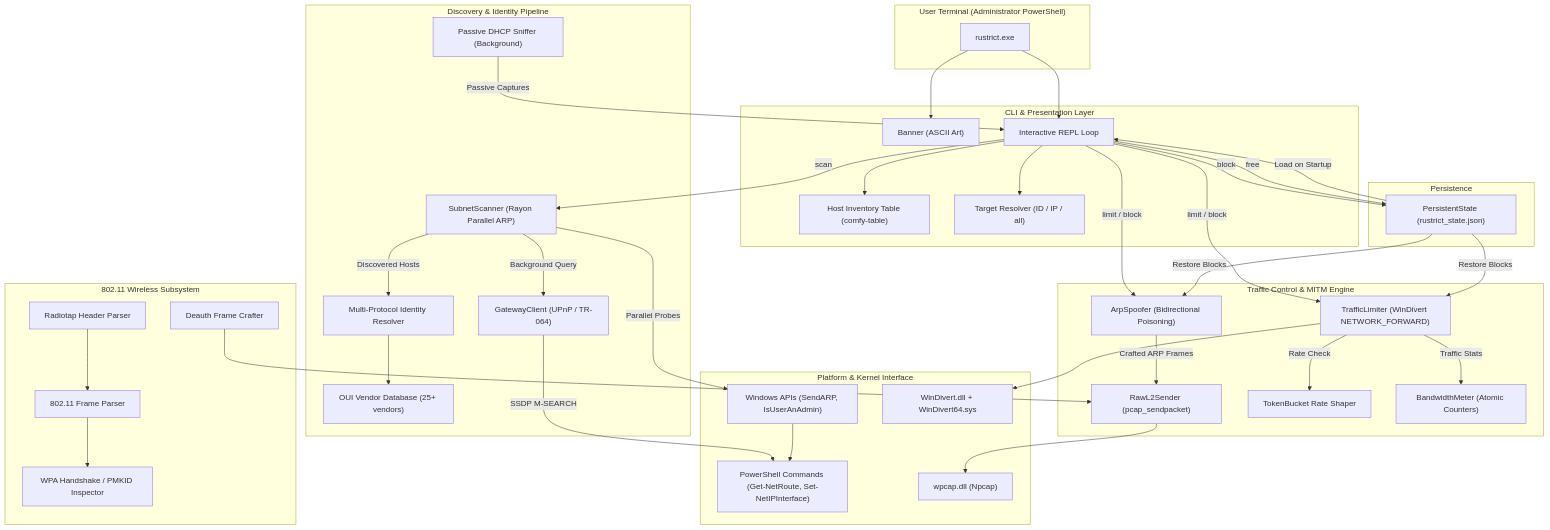
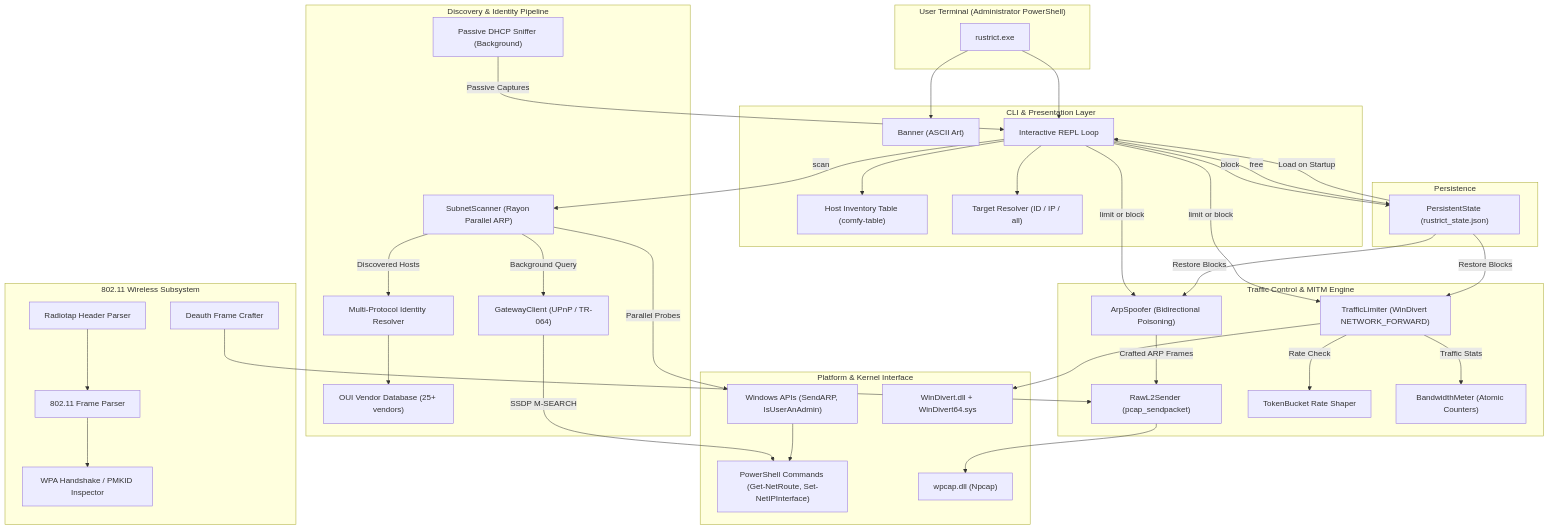
Before and after one commit to Neutron-0/Rustrict: the first of 14 diagrams in README.md, drawn with Mermaid. The commit also changed other lines of this file and 1 other file, not shown here.

First line of the commit message:
docs(readme,changelog): fix Mermaid diagram syntax and document L2 blackholing

````diff
--- a/README.md
+++ b/README.md
@@ -72,80 +72,80 @@
 ```mermaid
-graph TB
+flowchart TD
     subgraph USER["User Terminal (Administrator PowerShell)"]
         CLI["rustrict.exe"]
     end
 
     subgraph PRESENTATION["CLI & Presentation Layer"]
         Banner["Banner (ASCII Art)"]
         REPL["Interactive REPL Loop"]
         Table["Host Inventory Table (comfy-table)"]
         TargetRes["Target Resolver (ID / IP / all)"]
     end
 
     subgraph PLATFORM["Platform & Kernel Interface"]
         WinAPI["Windows APIs (SendARP, IsUserAnAdmin)"]
         PSCmd["PowerShell Commands (Get-NetRoute, Set-NetIPInterface)"]
         NpcapDLL["wpcap.dll (Npcap)"]
         WinDivertDLL["WinDivert.dll + WinDivert64.sys"]
     end
 
     subgraph DISCOVERY["Discovery & Identity Pipeline"]
         Scanner["SubnetScanner (Rayon Parallel ARP)"]
         Resolver["Multi-Protocol Identity Resolver"]
         Sniffer["Passive DHCP Sniffer (Background)"]
         Gateway["GatewayClient (UPnP / TR-064)"]
         OUI["OUI Vendor Database (25+ vendors)"]
     end
 
     subgraph MITM["Traffic Control & MITM Engine"]
         Spoofer["ArpSpoofer (Bidirectional Poisoning)"]
         L2Sender["RawL2Sender (pcap_sendpacket)"]
         Limiter["TrafficLimiter (WinDivert NETWORK_FORWARD)"]
         TokenBucket["TokenBucket Rate Shaper"]
         Meter["BandwidthMeter (Atomic Counters)"]
     end
 
     subgraph PERSIST["Persistence"]
         State["PersistentState (rustrict_state.json)"]
     end
 
     subgraph WIRELESS["802.11 Wireless Subsystem"]
         Deauth["Deauth Frame Crafter"]
         FrameParser["802.11 Frame Parser"]
         Handshake["WPA Handshake / PMKID Inspector"]
         Radiotap["Radiotap Header Parser"]
     end
 
     CLI --> Banner
     CLI --> REPL
     REPL --> Table
     REPL --> TargetRes
     REPL -->|scan| Scanner
-    REPL -->|limit / block| Spoofer
-    REPL -->|limit / block| Limiter
+    REPL -->|limit or block| Spoofer
+    REPL -->|limit or block| Limiter
     REPL -->|block| State
     REPL -->|free| State
 
     Scanner -->|Parallel Probes| WinAPI
     Scanner -->|Background Query| Gateway
     Scanner -->|Discovered Hosts| Resolver
     Resolver --> OUI
     Sniffer -->|Passive Captures| REPL
 
     Spoofer -->|Crafted ARP Frames| L2Sender
     L2Sender --> NpcapDLL
     Limiter --> WinDivertDLL
     Limiter -->|Rate Check| TokenBucket
     Limiter -->|Traffic Stats| Meter
 
     Gateway -->|SSDP M-SEARCH| PSCmd
     WinAPI --> PSCmd
 
     State -->|Load on Startup| REPL
     State -->|Restore Blocks| Spoofer
     State -->|Restore Blocks| Limiter
 
     Deauth --> L2Sender
     FrameParser --> Handshake
     Radiotap --> FrameParser
 ```
````
